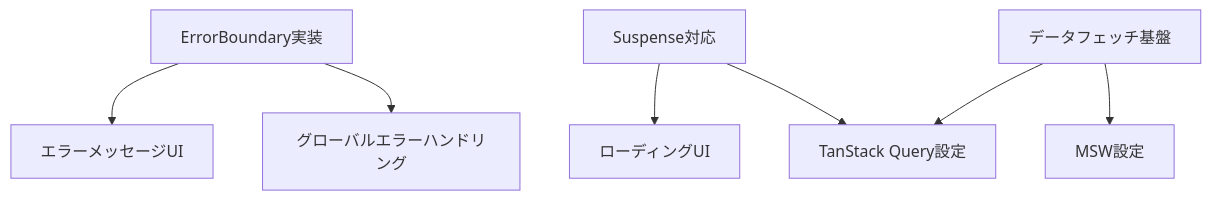
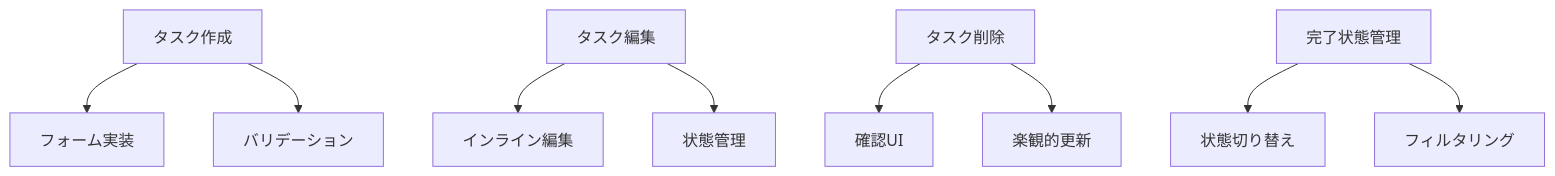
The diagram in memory-bank/activeContext.md (hushin-sandbox/try-rsbuild-tanstack), drawn with Mermaid before and after one commit. The commit also changed other lines of this file and 3 other files, not shown here.

````diff
--- a/memory-bank/activeContext.md
+++ b/memory-bank/activeContext.md
@@ -30,9 +30,11 @@
 ```mermaid
 graph TD
-    A[ErrorBoundary実装] --> B[エラーメッセージUI]
-    A --> C[グローバルエラーハンドリング]
-    D[Suspense対応] --> E[ローディングUI]
-    D --> F[TanStack Query設定]
-    G[データフェッチ基盤] --> F
-    G --> H[MSW設定]
+    A[タスク作成] --> B[フォーム実装]
+    A --> C[バリデーション]
+    D[タスク編集] --> E[インライン編集]
+    D --> F[状態管理]
+    G[タスク削除] --> H[確認UI]
+    G --> I[楽観的更新]
+    J[完了状態管理] --> K[状態切り替え]
+    J --> L[フィルタリング]
 ```
````
